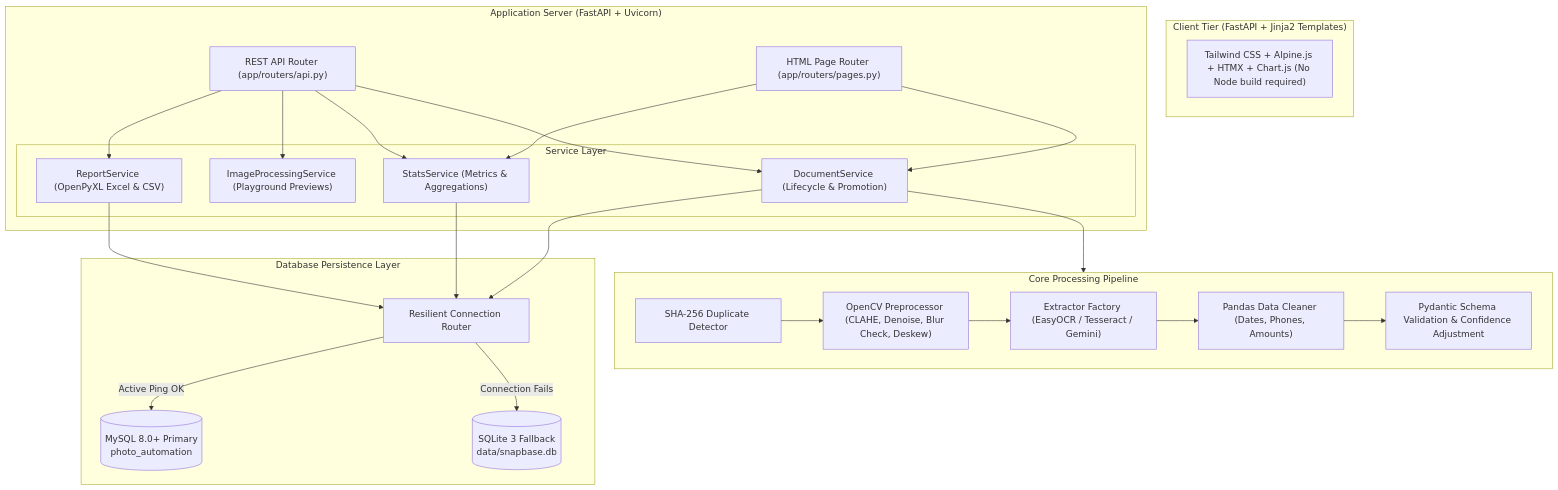
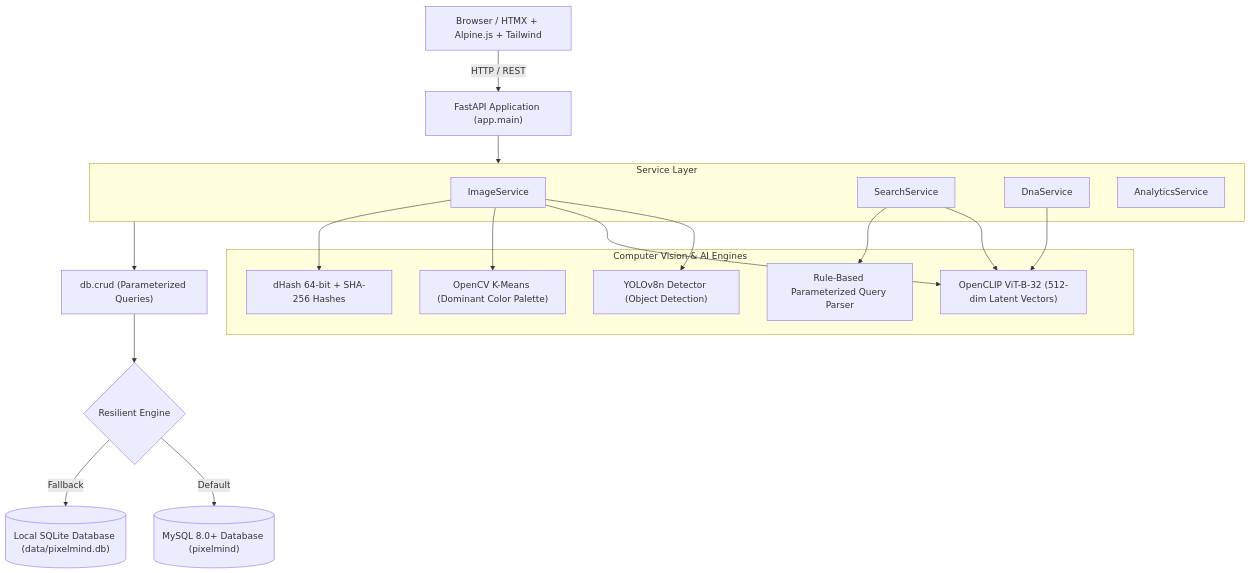
The diagram in README.md (joelmalin13/Photo-to-database-automation-system), drawn with Mermaid before and after one commit. The commit also changed other lines of this file and 69 other files, not shown here.

````diff
--- a/README.md
+++ b/README.md
@@ -51,49 +18,33 @@
 ```mermaid
 flowchart TD
-    subgraph Client["Client Tier (FastAPI + Jinja2 Templates)"]
-        UI["Tailwind CSS + Alpine.js + HTMX + Chart.js (No Node build required)"]
+    Client["Browser / HTMX + Alpine.js + Tailwind"] -->|HTTP / REST| API["FastAPI Application (app.main)"]
+    API --> ServiceLayer["Service Layer (app/services)"]
+    
+    subgraph ServiceLayer ["Service Layer"]
+        ImageSvc["ImageService"]
+        SearchSvc["SearchService"]
+        DnaSvc["DnaService"]
+        AnalyticsSvc["AnalyticsService"]
+    end
+    
+    subgraph AI_Engines ["Computer Vision & AI Engines"]
+        YOLO["YOLOv8n Detector (Object Detection)"]
+        CLIP["OpenCLIP ViT-B-32 (512-dim Latent Vectors)"]
+        KMeans["OpenCV K-Means (Dominant Color Palette)"]
+        PerceptualHash["dHash 64-bit + SHA-256 Hashes"]
+        QueryParser["Rule-Based Parameterized Query Parser"]
     end
 
-    subgraph Server["Application Server (FastAPI + Uvicorn)"]
-        RouterPages["HTML Page Router (app/routers/pages.py)"]
-        RouterAPI["REST API Router (app/routers/api.py)"]
-        
-        subgraph Services["Service Layer"]
-            DocService["DocumentService (Lifecycle & Promotion)"]
-            ImgService["ImageProcessingService (Playground Previews)"]
-            StatsService["StatsService (Metrics & Aggregations)"]
-            ReportService["ReportService (OpenPyXL Excel & CSV)"]
-        end
-        
-        RouterPages --> DocService
-        RouterPages --> StatsService
-        RouterAPI --> DocService
-        RouterAPI --> ImgService
-        RouterAPI --> StatsService
-        RouterAPI --> ReportService
-    end
+    ImageSvc --> YOLO
+    ImageSvc --> CLIP
+    ImageSvc --> KMeans
+    ImageSvc --> PerceptualHash
+    SearchSvc --> CLIP
+    SearchSvc --> QueryParser
+    DnaSvc --> CLIP
 
-    subgraph Core["Core Processing Pipeline"]
-        Preprocess["OpenCV Preprocessor (CLAHE, Denoise, Blur Check, Deskew)"]
-        Hasher["SHA-256 Duplicate Detector"]
-        OCREngines["Extractor Factory (EasyOCR / Tesseract / Gemini)"]
-        PandasCleaner["Pandas Data Cleaner (Dates, Phones, Amounts)"]
-        Validators["Pydantic Schema Validation & Confidence Adjustment"]
-        
-        Hasher --> Preprocess --> OCREngines --> PandasCleaner --> Validators
-    end
-
-    subgraph Data["Database Persistence Layer"]
-        ResilientEngine["Resilient Connection Router"]
-        MySQL[("MySQL 8.0+ Primary\nphoto_automation")]
-        SQLiteFallback[("SQLite 3 Fallback\ndata/snapbase.db")]
-        
-        ResilientEngine -->|Active Ping OK| MySQL
-        ResilientEngine -->|Connection Fails| SQLiteFallback
-    end
-
-    DocService --> Core
-    DocService --> ResilientEngine
-    StatsService --> ResilientEngine
-    ReportService --> ResilientEngine
+    ServiceLayer --> CRUD["db.crud (Parameterized Queries)"]
+    CRUD --> EngineRouter{"Resilient Engine"}
+    EngineRouter -->|Default| MySQL[("MySQL 8.0+ Database (pixelmind)")]
+    EngineRouter -->|Fallback| SQLite[("Local SQLite Database (data/pixelmind.db)")]
 ```
````
